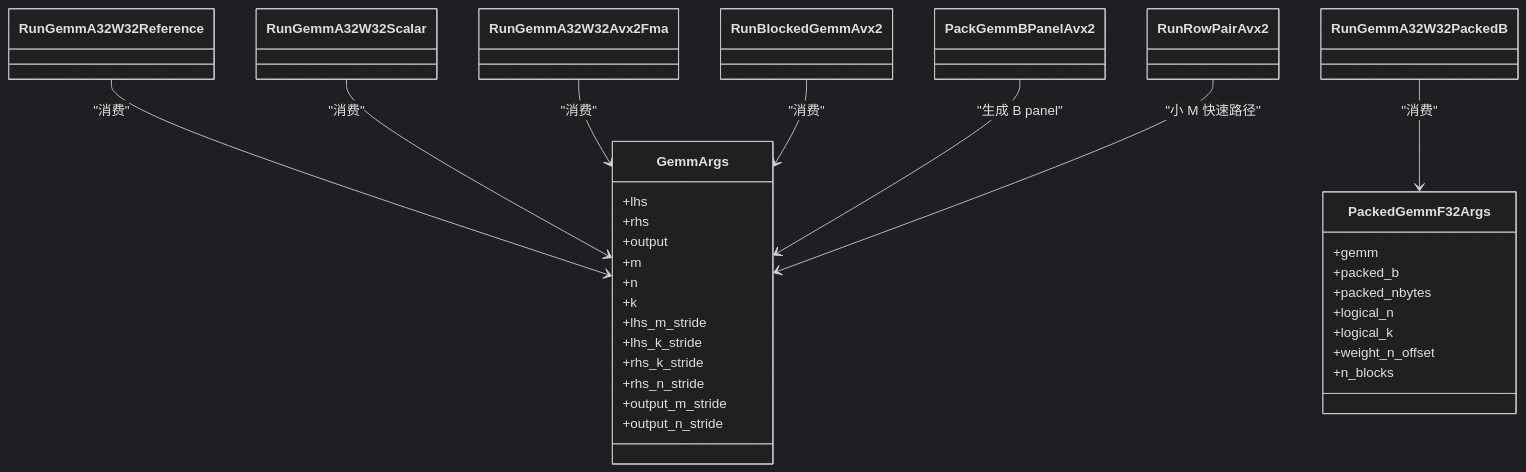
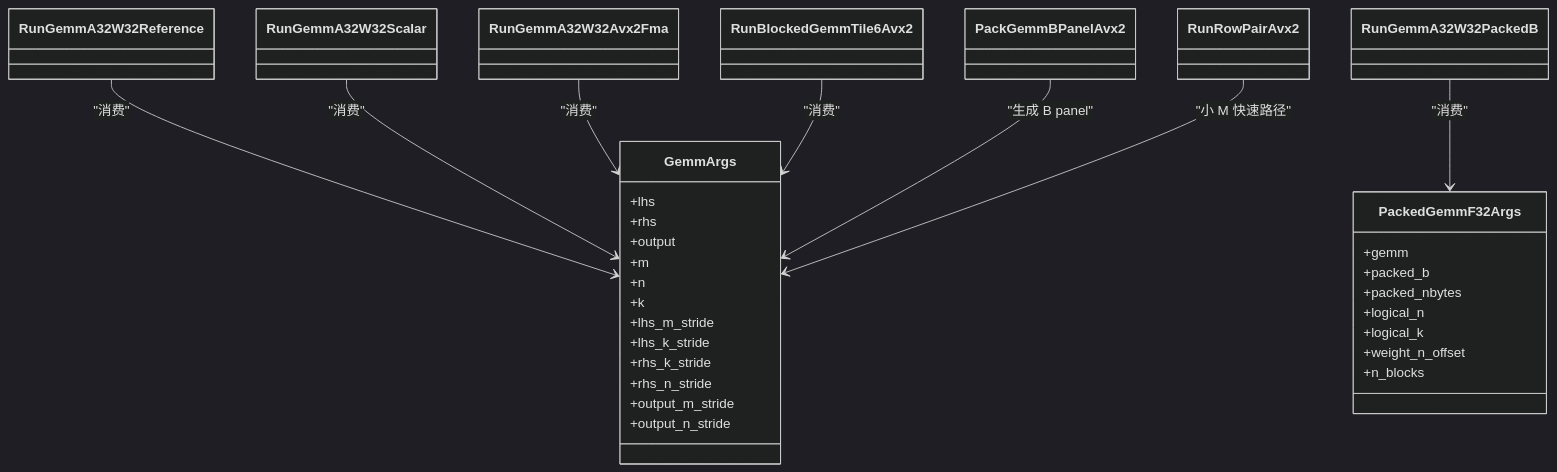
Before and after one commit to fengjiran/AetherMind: the fourth of 5 diagrams in docs/handbook/算子系统/SIMD 优化内核.md, drawn with Mermaid (dark theme). The commit also changed other lines of this file and 4 other files, not shown here.

````diff
--- a/docs/handbook/算子系统/SIMD 优化内核.md
+++ b/docs/handbook/算子系统/SIMD 优化内核.md
@@ -193,43 +193,43 @@
 ```mermaid
 classDiagram
     class GemmArgs {
         +lhs
         +rhs
         +output
         +m
         +n
         +k
         +lhs_m_stride
         +lhs_k_stride
         +rhs_k_stride
         +rhs_n_stride
         +output_m_stride
         +output_n_stride
     }
 
     class PackedGemmF32Args {
         +gemm
         +packed_b
         +packed_nbytes
         +logical_n
         +logical_k
         +weight_n_offset
         +n_blocks
     }
 
     class RunGemmA32W32Reference
     class RunGemmA32W32Scalar
     class RunGemmA32W32Avx2Fma
     class RunGemmA32W32PackedB
     class PackGemmBPanelAvx2
     class RunRowPairAvx2
-    class RunBlockedGemmAvx2
+    class RunBlockedGemmTile6Avx2
 
     RunGemmA32W32Reference --> GemmArgs : "消费"
     RunGemmA32W32Scalar --> GemmArgs : "消费"
     RunGemmA32W32Avx2Fma --> GemmArgs : "消费"
     RunGemmA32W32PackedB --> PackedGemmF32Args : "消费"
-    RunBlockedGemmAvx2 --> GemmArgs : "消费"
+    RunBlockedGemmTile6Avx2 --> GemmArgs : "消费"
     PackGemmBPanelAvx2 --> GemmArgs : "生成 B panel"
     RunRowPairAvx2 --> GemmArgs : "小 M 快速路径"
 ```
````
